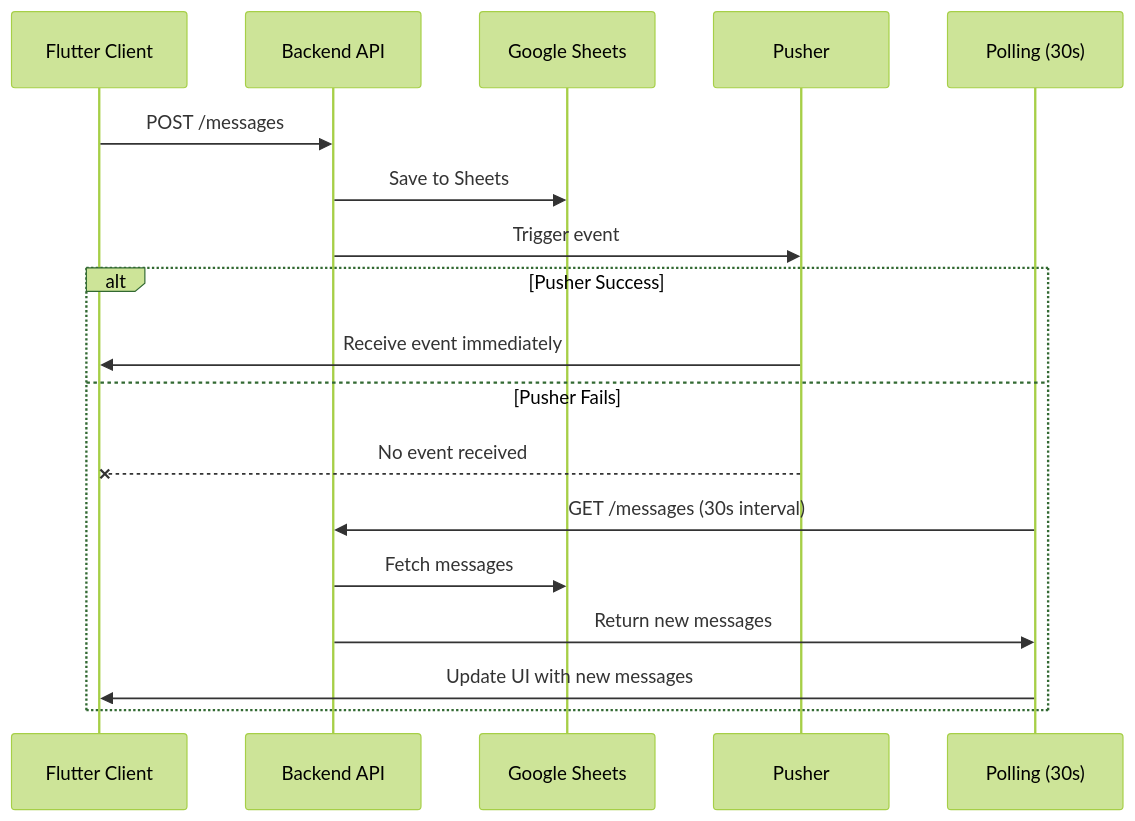
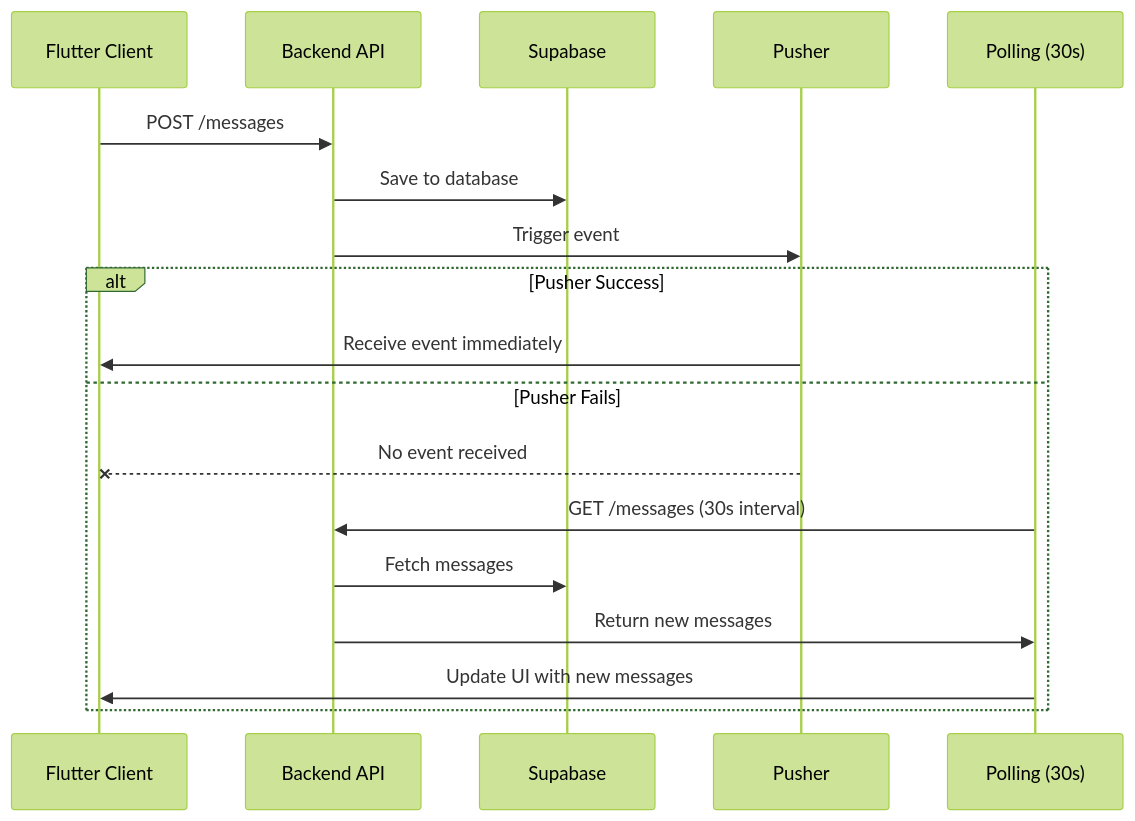
The third of 5 diagrams in README.md (mvadly/api-mvchat), drawn with Mermaid (forest theme) before and after one commit. The commit also changed other lines of this file and 2 other files, not shown here.

````diff
--- a/README.md
+++ b/README.md
@@ -193,22 +189,22 @@
 ```mermaid
 sequenceDiagram
     participant F as Flutter Client
     participant B as Backend API
-    participant S as Google Sheets
+    participant S as Supabase
     participant P as Pusher
     participant Poll as Polling (30s)
 
     F->>B: POST /messages
-    B->>S: Save to Sheets
+    B->>S: Save to database
     B->>P: Trigger event
 
     alt Pusher Success
         P->>F: Receive event immediately
     else Pusher Fails
         P--x F: No event received
         Poll->>B: GET /messages (30s interval)
         B->>S: Fetch messages
         B->>Poll: Return new messages
         Poll->>F: Update UI with new messages
     end
 ```
````
